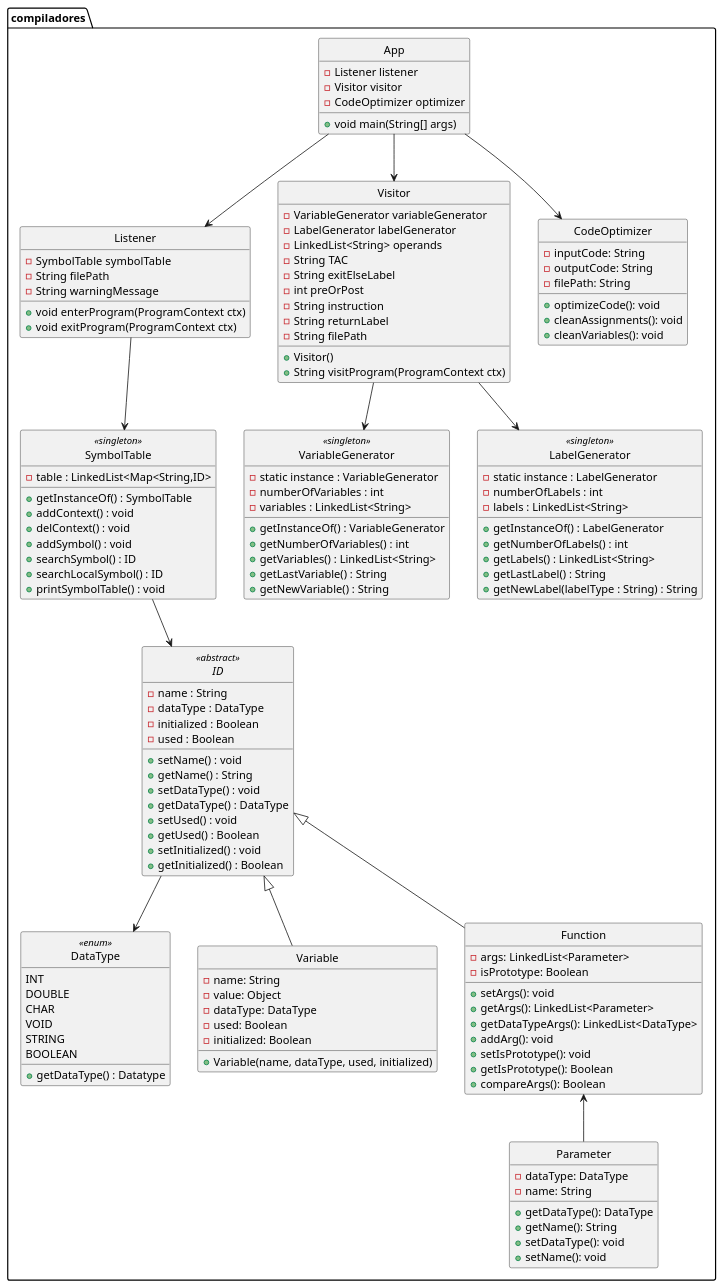
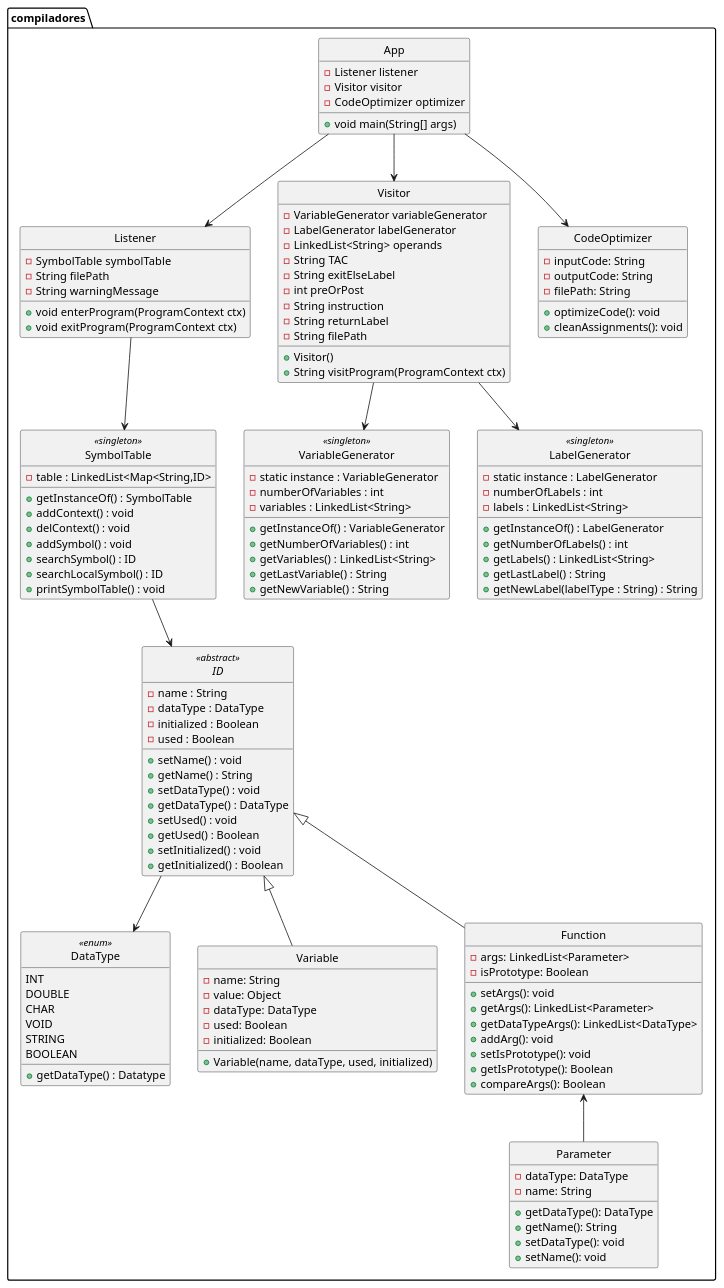
One commit to manugcr/Compiladores changed the diagram in proyectobase/UML/GeneralDiagram.puml. Above: the diagram before and after it, drawn with PlantUML. The commit also changed 2 other files, not shown here.

```diff
--- a/proyectobase/UML/GeneralDiagram.puml
+++ b/proyectobase/UML/GeneralDiagram.puml
@@ -6,156 +6,143 @@
 @startuml App
 
 hide circle
 
 class compiladores.App {
     - Listener listener
     - Visitor visitor
     - CodeOptimizer optimizer
     + void main(String[] args)
 }
 
-
-
-
 class compiladores.Listener {
     - SymbolTable symbolTable
     - String filePath
     - String warningMessage
     + void enterProgram(ProgramContext ctx)
     + void exitProgram(ProgramContext ctx)
 }
-
-
-
 
 class compiladores.Visitor {
     - VariableGenerator variableGenerator
     - LabelGenerator labelGenerator
     - LinkedList<String> operands
     - String TAC
     - String exitElseLabel
     - int preOrPost
     - String instruction
     - String returnLabel
     - String filePath
     + Visitor()
     + String visitProgram(ProgramContext ctx)
 }
 
 class compiladores.VariableGenerator <<singleton>> {
     - static instance : VariableGenerator
     - numberOfVariables : int
     - variables : LinkedList<String>
     + getInstanceOf() : VariableGenerator
     + getNumberOfVariables() : int
     + getVariables() : LinkedList<String>
     + getLastVariable() : String
     + getNewVariable() : String
 }
 
 class compiladores.LabelGenerator <<singleton>> {
     - static instance : LabelGenerator
     - numberOfLabels : int
     - labels : LinkedList<String>
     + getInstanceOf() : LabelGenerator
     + getNumberOfLabels() : int
     + getLabels() : LinkedList<String>
     + getLastLabel() : String
     + getNewLabel(labelType : String) : String
 }
 
-
-
-
 class compiladores.CodeOptimizer {
     - inputCode: String
     - outputCode: String
     - filePath: String
     + optimizeCode(): void
     + cleanAssignments(): void
-    + cleanVariables(): void
 }
-
-
-
 
 class compiladores.SymbolTable <<singleton>> {
     - table : LinkedList<Map<String,ID>  
     + getInstanceOf() : SymbolTable
     + addContext() : void
     + delContext() : void
     + addSymbol() : void
     + searchSymbol() : ID
     + searchLocalSymbol() : ID
     + printSymbolTable() : void
 }
 
 enum compiladores.DataType <<enum>> {
     INT
     DOUBLE
     CHAR
     VOID 
     STRING
     BOOLEAN
     + getDataType() : Datatype
 }
 
 abstract class compiladores.ID <<abstract>> {
     - name : String
     - dataType : DataType
     - initialized : Boolean
     - used : Boolean
     + setName() : void
     + getName() : String
     + setDataType() : void
     + getDataType() : DataType
     + setUsed() : void
     + getUsed() : Boolean
     + setInitialized() : void
     + getInitialized() : Boolean
 }
 
 class compiladores.Variable {
     - name: String
     - value: Object
     - dataType: DataType
     - used: Boolean
     - initialized: Boolean
 
     + Variable(name, dataType, used, initialized)
 }
 
 class compiladores.Function {
     - args: LinkedList<Parameter>
     - isPrototype: Boolean
     + setArgs(): void
     + getArgs(): LinkedList<Parameter>
     + getDataTypeArgs(): LinkedList<DataType>
     + addArg(): void
     + setIsPrototype(): void
     + getIsPrototype(): Boolean
     + compareArgs(): Boolean
 }
 
 class compiladores.Parameter {
     - dataType: DataType
     - name: String
     + getDataType(): DataType
     + getName(): String
     + setDataType(): void
     + setName(): void
 }
 
 compiladores.SymbolTable --> compiladores.ID
 compiladores.ID <|-- compiladores.Variable
 compiladores.ID <|-- compiladores.Function
 compiladores.ID --> compiladores.DataType
 compiladores.Function <-- compiladores.Parameter
 compiladores.App --> compiladores.Listener  
 compiladores.App --> compiladores.Visitor  
 compiladores.App --> compiladores.CodeOptimizer  
 compiladores.Listener --> compiladores.SymbolTable  
 compiladores.Visitor --> compiladores.VariableGenerator
 compiladores.Visitor --> compiladores.LabelGenerator
 
 @enduml
```
